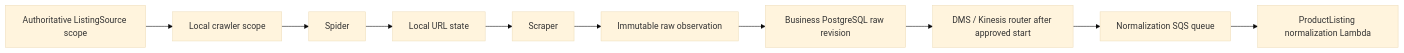
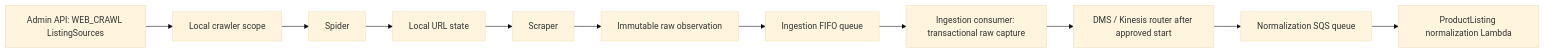
One commit to aura-historia/backend changed the diagram in docs/crawler/README.md. Above: the diagram before and after it, drawn with Mermaid (base theme). The commit also changed other lines of this file and 28 other files, not shown here.

Commit message:
feat(#2755): read ListingSources from the admin API and submit raw captures through the ingestion queue (#2757)

````diff
--- a/docs/crawler/README.md
+++ b/docs/crawler/README.md
@@ -9,12 +9,13 @@
 ```mermaid
 flowchart LR
-    Source[Authoritative ListingSource scope] --> Sync[Local crawler scope]
+    Source[Admin API: WEB_CRAWL ListingSources] --> Sync[Local crawler scope]
     Sync --> Spider[Spider]
     Spider --> Urls[Local URL state]
     Urls --> Scraper[Scraper]
     Scraper --> Raw[Immutable raw observation]
-    Raw --> Capture[Business PostgreSQL raw revision]
+    Raw --> Queue[Ingestion FIFO queue]
+    Queue --> Capture[Ingestion consumer: transactional raw capture]
     Capture --> CDC[DMS / Kinesis router after approved start]
     CDC --> SQS[Normalization SQS queue]
     SQS --> Normalizer[ProductListing normalization Lambda]
 ```
````
